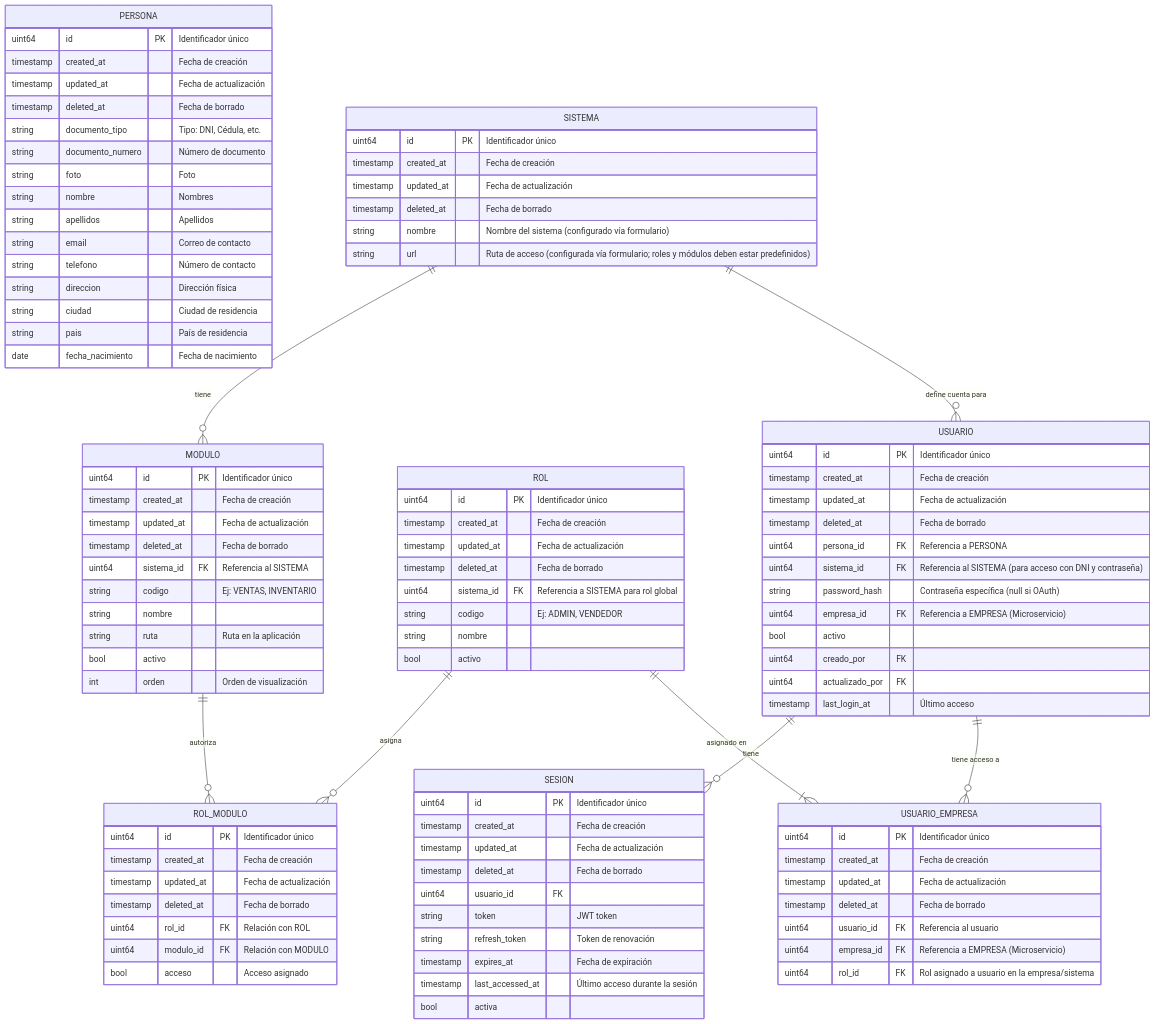
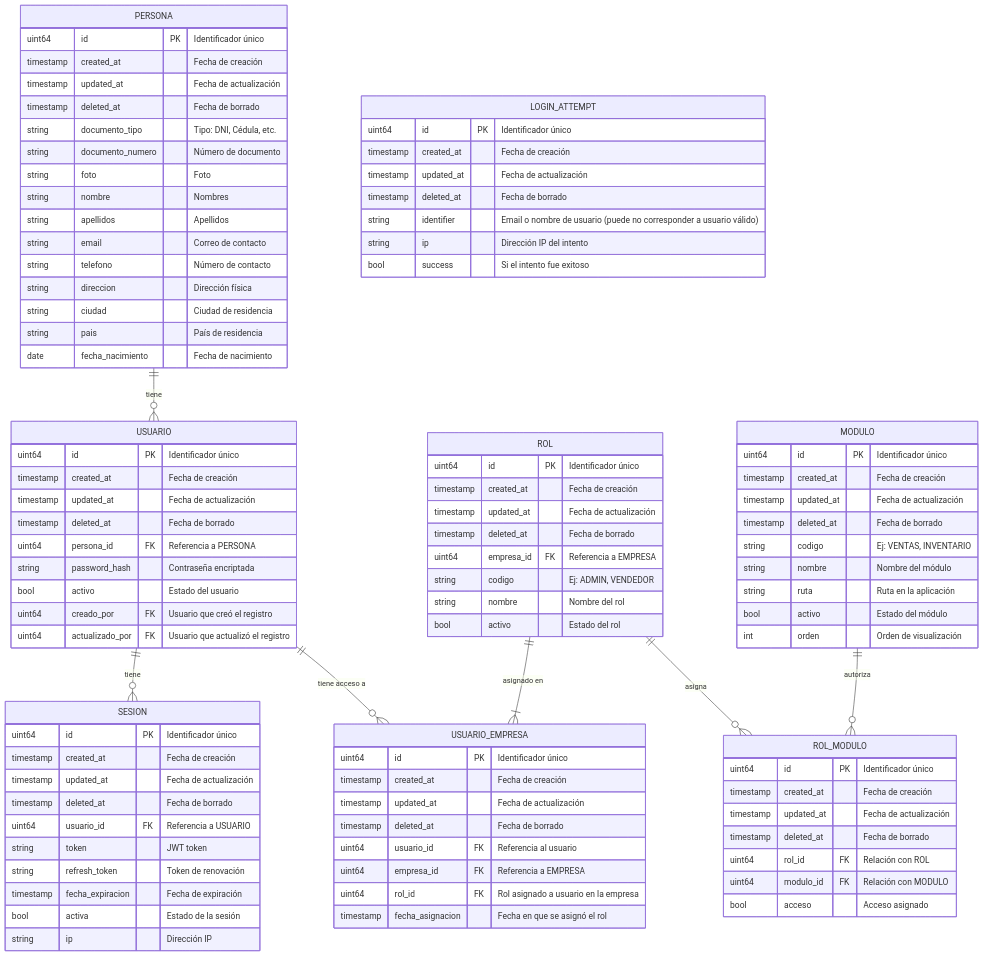
The diagram in arquitectura/usuariov3.md (ponceca20/authenticationPonceca), drawn with Mermaid before and after one commit. The commit also changed 17 other files, not shown here.

```diff
--- a/arquitectura/usuariov3.md
+++ b/arquitectura/usuariov3.md
@@ -22,41 +22,29 @@
         date fecha_nacimiento "Fecha de nacimiento"
     }
 
-    %% USUARIO: cada registro incluye el sistema al que pertenece la cuenta
+    %% USUARIO: cuenta para acceso al sistema
     USUARIO {
         uint64 id PK "Identificador único"
         timestamp created_at "Fecha de creación"
         timestamp updated_at "Fecha de actualización"
         timestamp deleted_at "Fecha de borrado"
         uint64 persona_id FK "Referencia a PERSONA"
-        uint64 sistema_id FK "Referencia al SISTEMA (para acceso con DNI y contraseña)"
-        string password_hash "Contraseña específica (null si OAuth)"
-        uint64 empresa_id FK "Referencia a EMPRESA (Microservicio)"
-        bool activo
-        uint64 creado_por FK
-        uint64 actualizado_por FK
-        timestamp last_login_at "Último acceso"
+        string password_hash "Contraseña encriptada"
+        bool activo "Estado del usuario"
+        uint64 creado_por FK "Usuario que creó el registro"
+        uint64 actualizado_por FK "Usuario que actualizó el registro"
     }
 
-    %% SISTEMA configurado vía formulario
-    SISTEMA {
-        uint64 id PK "Identificador único"
-        timestamp created_at "Fecha de creación"
-        timestamp updated_at "Fecha de actualización"
-        timestamp deleted_at "Fecha de borrado"
-        string nombre "Nombre del sistema (configurado vía formulario)"
-        string url "Ruta de acceso (configurada vía formulario; roles y módulos deben estar predefinidos)"
-    }
-
+    %% ROL: define los permisos en el sistema
     ROL {
         uint64 id PK "Identificador único"
         timestamp created_at "Fecha de creación"
         timestamp updated_at "Fecha de actualización"
         timestamp deleted_at "Fecha de borrado"
-        uint64 sistema_id FK "Referencia a SISTEMA para rol global"
+        uint64 empresa_id FK "Referencia a EMPRESA"
         string codigo "Ej: ADMIN, VENDEDOR"
-        string nombre
-        bool activo
+        string nombre "Nombre del rol"
+        bool activo "Estado del rol"
     }
 
     %% Módulos y atribución de roles en módulos
@@ -65,11 +53,10 @@
         timestamp created_at "Fecha de creación"
         timestamp updated_at "Fecha de actualización"
         timestamp deleted_at "Fecha de borrado"
-        uint64 sistema_id FK "Referencia al SISTEMA"
         string codigo "Ej: VENTAS, INVENTARIO"
-        string nombre
+        string nombre "Nombre del módulo"
         string ruta "Ruta en la aplicación"
-        bool activo
+        bool activo "Estado del módulo"
         int orden "Orden de visualización"
     }
 
@@ -89,31 +76,47 @@
         timestamp created_at "Fecha de creación"
         timestamp updated_at "Fecha de actualización"
         timestamp deleted_at "Fecha de borrado"
-        uint64 usuario_id FK
+        uint64 usuario_id FK "Referencia a USUARIO"
         string token "JWT token"
         string refresh_token "Token de renovación"
-        timestamp expires_at "Fecha de expiración"
-        timestamp last_accessed_at "Último acceso durante la sesión"
-        bool activa
+        timestamp fecha_expiracion "Fecha de expiración"
+        bool activa "Estado de la sesión"
+        string ip "Dirección IP"
     }
 
-    %% USUARIO_EMPRESA: se elimina el campo sistema_id ya que USUARIO define a qué sistema pertenece
+    %% USUARIO_EMPRESA: relación entre usuarios y empresas con roles
     USUARIO_EMPRESA {
         uint64 id PK "Identificador único"
         timestamp created_at "Fecha de creación"
         timestamp updated_at "Fecha de actualización"
         timestamp deleted_at "Fecha de borrado"
         uint64 usuario_id FK "Referencia al usuario"
-        uint64 empresa_id FK "Referencia a EMPRESA (Microservicio)"
-        uint64 rol_id FK "Rol asignado a usuario en la empresa/sistema"
+        uint64 empresa_id FK "Referencia a EMPRESA"
+        uint64 rol_id FK "Rol asignado a usuario en la empresa"
+        timestamp fecha_asignacion "Fecha en que se asignó el rol"
     }
 
+    %% Control de intentos de inicio de sesión
+    LOGIN_ATTEMPT {
+        uint64 id PK "Identificador único"
+        timestamp created_at "Fecha de creación"
+        timestamp updated_at "Fecha de actualización"
+        timestamp deleted_at "Fecha de borrado"
+        string identifier "Email o nombre de usuario (puede no corresponder a usuario válido)"
+        string ip "Dirección IP del intento"
+        bool success "Si el intento fue exitoso"
+    }
+
+    %% Nota: LOGIN_ATTEMPT no tiene relaciones directas ya que registra todos los intentos 
+    %% de inicio de sesión, incluyendo aquellos con credenciales inválidas o usuarios que no existen.
+    %% Su propósito es detectar intentos de acceso no autorizados, ataques de fuerza bruta
+    %% y proporcionar información para auditorías de seguridad del sistema.
+
     %% Relaciones
+    PERSONA ||--o{ USUARIO : "tiene"
     USUARIO ||--o{ SESION : "tiene"
-    SISTEMA ||--o{ MODULO : "tiene"
     ROL ||--o{ ROL_MODULO : "asigna"
     MODULO ||--o{ ROL_MODULO : "autoriza"
     USUARIO ||--o{ USUARIO_EMPRESA : "tiene acceso a"
-    SISTEMA ||--o{ USUARIO : "define cuenta para"
     ROL ||--|{ USUARIO_EMPRESA : "asignado en"
 :::
```
